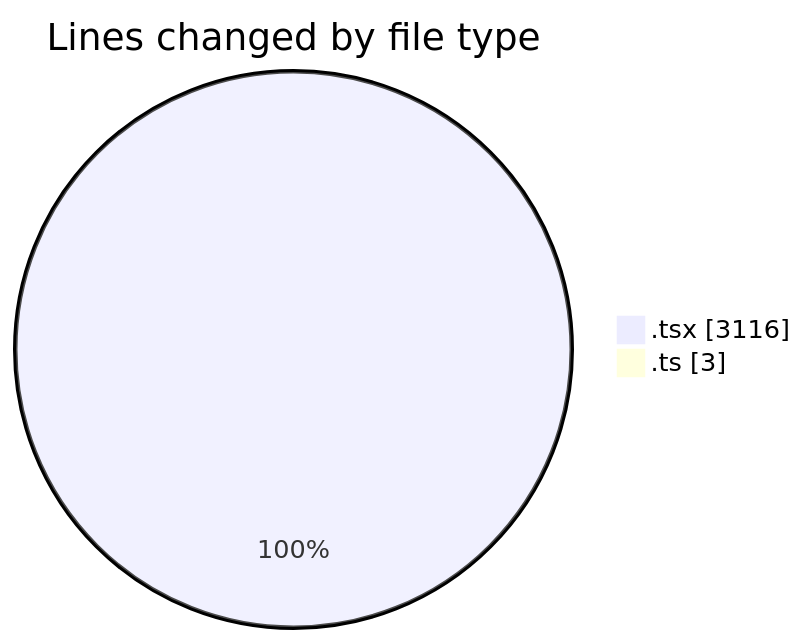
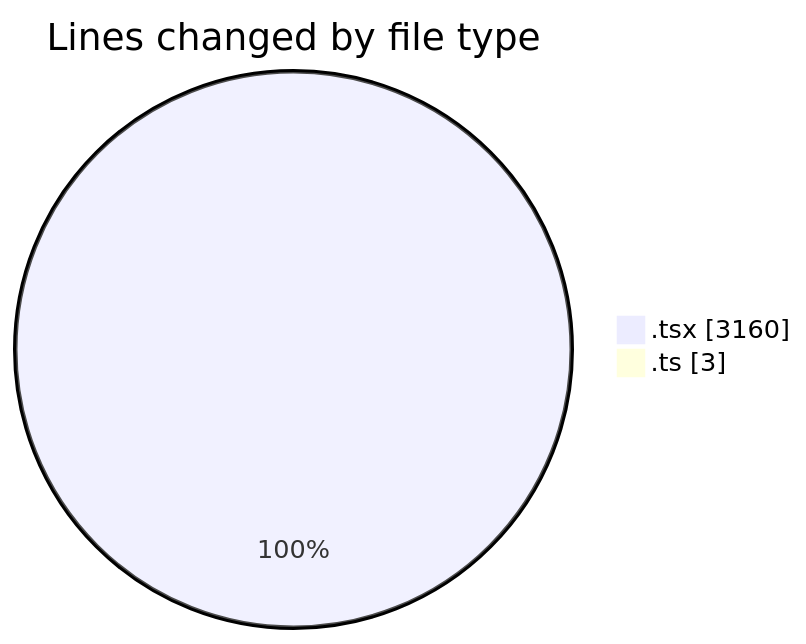
Before and after one commit to momahboobian/code-tracking: the first of 2 diagrams in 2025-11-17/cda/README.md, drawn with Mermaid. The commit also changed other lines of this file and 1 other file, not shown here.

````diff
--- a/2025-11-17/cda/README.md
+++ b/2025-11-17/cda/README.md
@@ -24,6 +24,6 @@
 ```mermaid
 pie showData
 title Lines changed by file type
-".tsx" : 3116
+".tsx" : 3160
 ".ts" : 3
 ```
````
